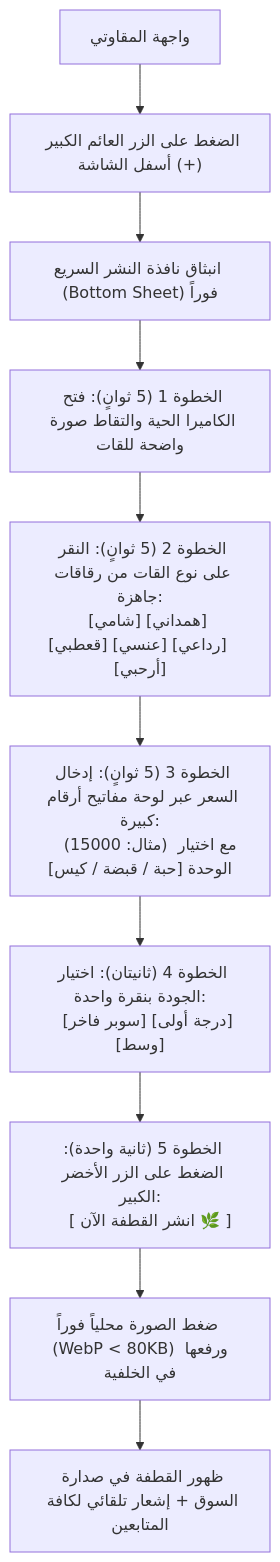
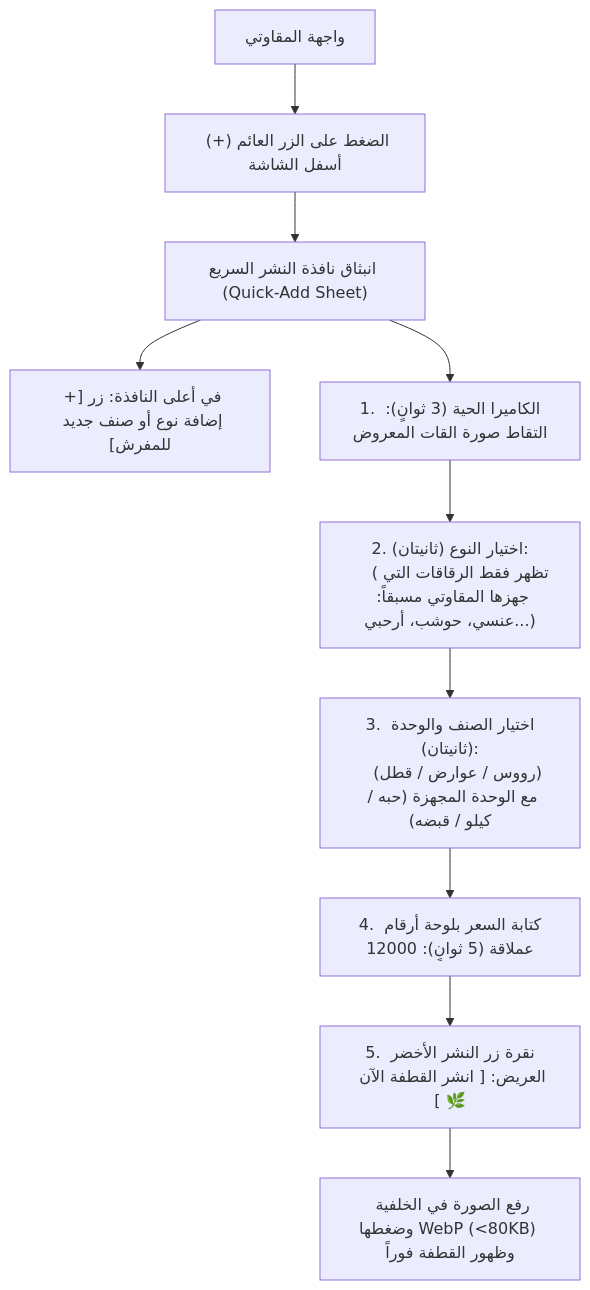
One commit to Emad20112/qatfa changed diagram 12 of 17 in docs/22-user-flows-detailed.md. Above: the diagram before and after it, drawn with Mermaid. The commit also changed other lines of this file and 2 other files, not shown here.

Commit message:
docs(ux): update user flows, screen specs, presets setup, and dual availability toggles

````diff
--- a/docs/22-user-flows-detailed.md
+++ b/docs/22-user-flows-detailed.md
@@ -285,21 +342,20 @@
 ```mermaid
 flowchart TD
-    Home["واجهة المقاوتي"] --> QuickAdd["الضغط على الزر العائم الكبير (+) أسفل الشاشة"]
-    QuickAdd --> BottomSheet["انبثاق نافذة النشر السريع (Bottom Sheet) فوراً"]
+    MerchantHome["واجهة المقاوتي"] --> QuickAddBtn["الضغط على الزر العائم (+) أسفل الشاشة"]
+    QuickAddBtn --> QuickSheet["انبثاق نافذة النشر السريع (Quick-Add Sheet)"]
     
-    BottomSheet --> Step1["الخطوة 1 (5 ثوانٍ): فتح الكاميرا الحية والتقاط صورة واضحة للقات"]
-    Step1 --> Step2["الخطوة 2 (5 ثوانٍ): النقر على نوع القات من رقاقات جاهزة:
-    [شامي] [همداني] [قعطبي] [عنسي] [رداعي] [أرحبي]"]
+    QuickSheet --> TopBarAction["في أعلى النافذة: زر [+ إضافة نوع أو صنف جديد للمفرش]"]
     
-    Step2 --> Step3["الخطوة 3 (5 ثوانٍ): إدخال السعر عبر لوحة مفاتيح أرقام كبيرة:
-    (مثال: 15000) مع اختيار الوحدة [حبة / قبضة / كيس]"]
+    QuickSheet --> Step1["1. الكاميرا الحية (3 ثوانٍ): التقاط صورة القات المعروض"]
     
-    Step3 --> Step4["الخطوة 4 (ثانيتان): اختيار الجودة بنقرة واحدة:
-    [سوبر فاخر] [درجة أولى] [وسط]"]
+    Step1 --> Step2["2. اختيار النوع (ثانيتان):
+    (تظهر فقط الرقاقات التي جهزها المقاوتي مسبقاً: عنسي، حوشب، أرحبي...)"]
     
-    Step4 --> Step5["الخطوة 5 (ثانية واحدة): الضغط على الزر الأخضر الكبير:
-    [ انشر القطفة الآن 🌿 ]"]
+    Step2 --> Step3["3. اختيار الصنف والوحدة (ثانيتان):
+    (رووس / عوارض / قطل) مع الوحدة المجهزة (حبه / كيلو / قبضه)"]
     
-    Step5 --> BackgroundUpload["ضغط الصورة محلياً فوراً (WebP < 80KB) ورفعها في الخلفية"]
-    BackgroundUpload --> Published["ظهور القطفة في صدارة السوق + إشعار تلقائي لكافة المتابعين"]
+    Step3 --> Step4["4. كتابة السعر بلوحة أرقام عملاقة (5 ثوانٍ): 12000"]
+    
+    Step4 --> Step5["5. نقرة زر النشر الأخضر العريض: [ انشر القطفة الآن 🌿 ]"]
+    Step5 --> LiveDrop["رفع الصورة في الخلفية وضغطها WebP (<80KB) وظهور القطفة فوراً"]
 ```
````
